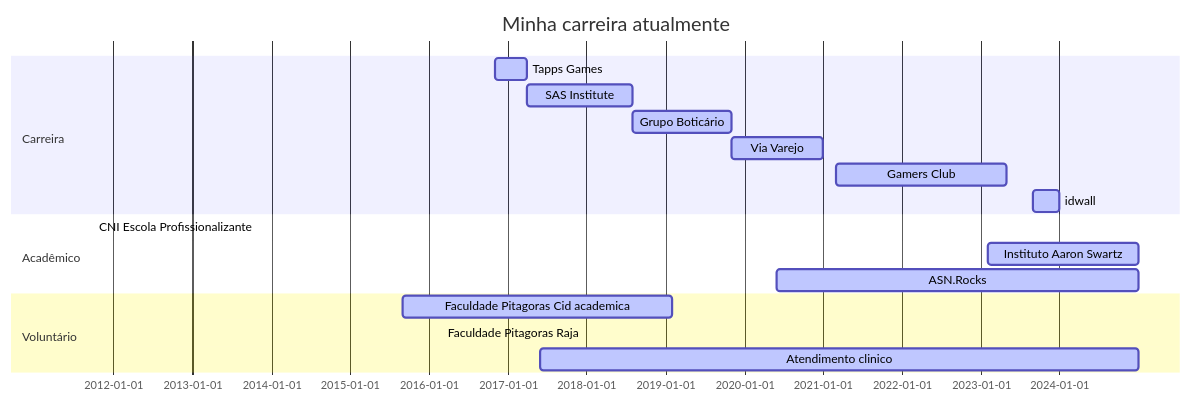
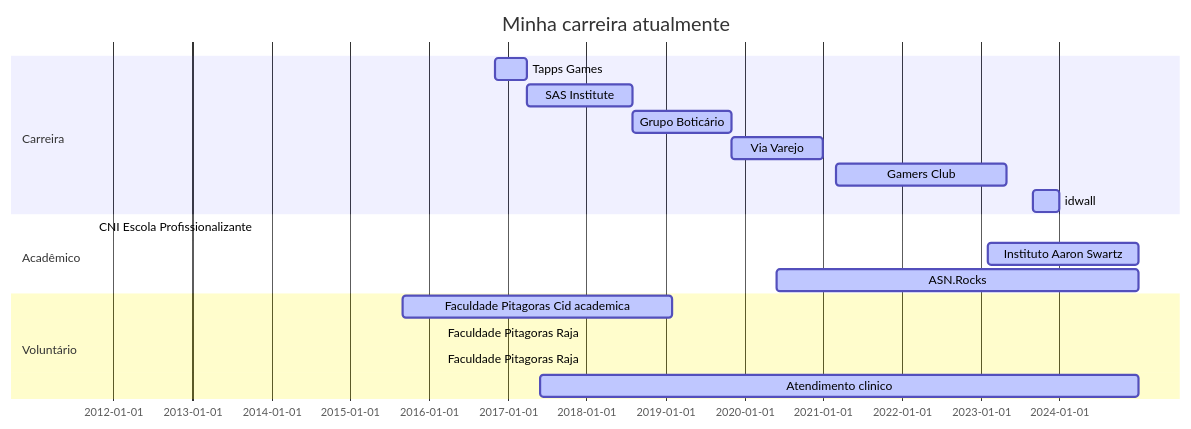
The diagram in README.md (Ridd1kulusC0d3r/Ridd1kulusC0d3r), drawn with Mermaid before and after one commit.

````diff
--- a/README.md
+++ b/README.md
@@ -9,24 +9,25 @@
 ```mermaid
 
 gantt
 dateFormat  YYYY-MM-DD
 title Minha carreira atualmente
 
 section Carreira
 Tapps Games           :active,, 2016-11-01,2017-04-01
 SAS Institute         :active,, 2017-04-01,2018-08-01
 Grupo Boticário       :active,, 2018-08-01,2019-11-01
 Via Varejo            :active,, 2019-11-01,2021-01-01
 Gamers Club           :active,, 2021-03-01,2023-05-01
 idwall                :active,, 2023-09-01,2023-12-31
 
 section Acadêmico
 CNI Escola Profissionalizante            :active,, 2011-10-01,2012-02-31
 Instituto Aaron Swartz :active,, 2023-02-01,2024-12-31
 ASN.Rocks              :active,, 2020-06-01,2024-12-31
 
 section Voluntário
 Faculdade Pitagoras Cid academica :active,, 2015-09-01,2019-01-31
+Faculdade Pitagoras Raja :active,, 2016-03-01,2018-04-31
 Faculdade Pitagoras Raja   :active,, 2016-03-01,2018-04-31
 Atendimento clinico    :active,, 2017-06-01,2024-12-31
 ```
````
